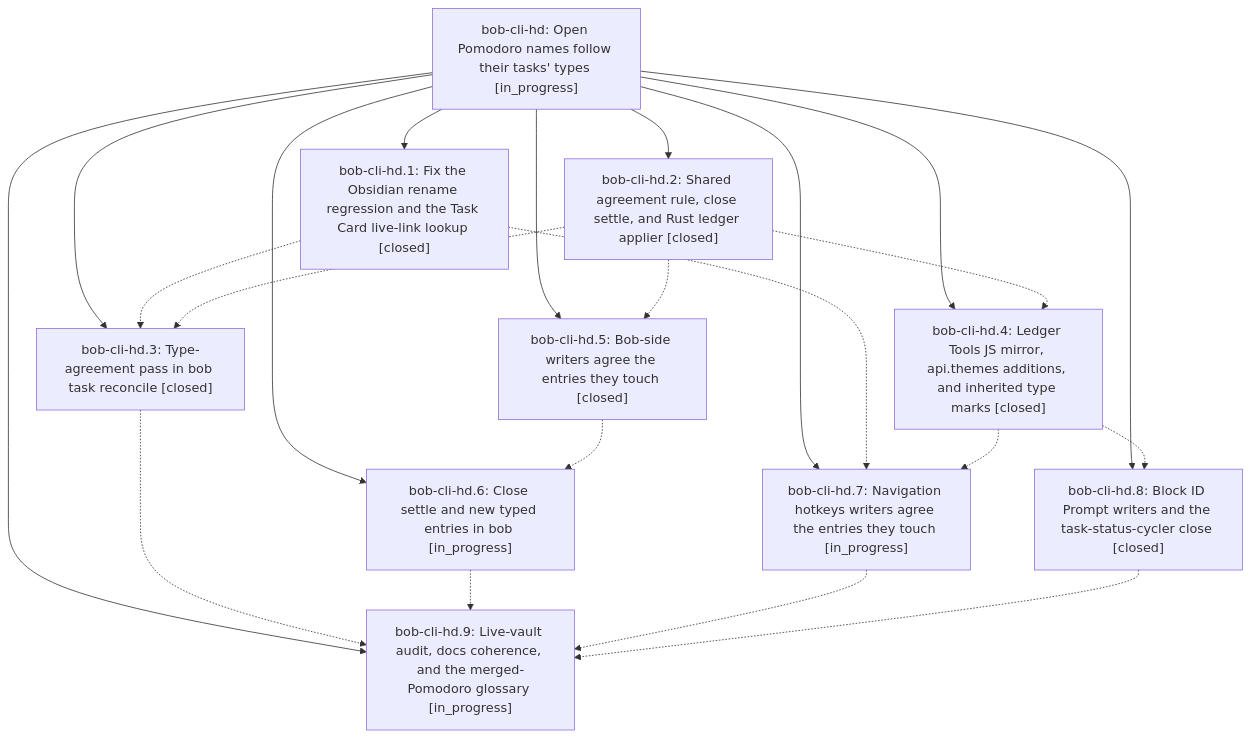
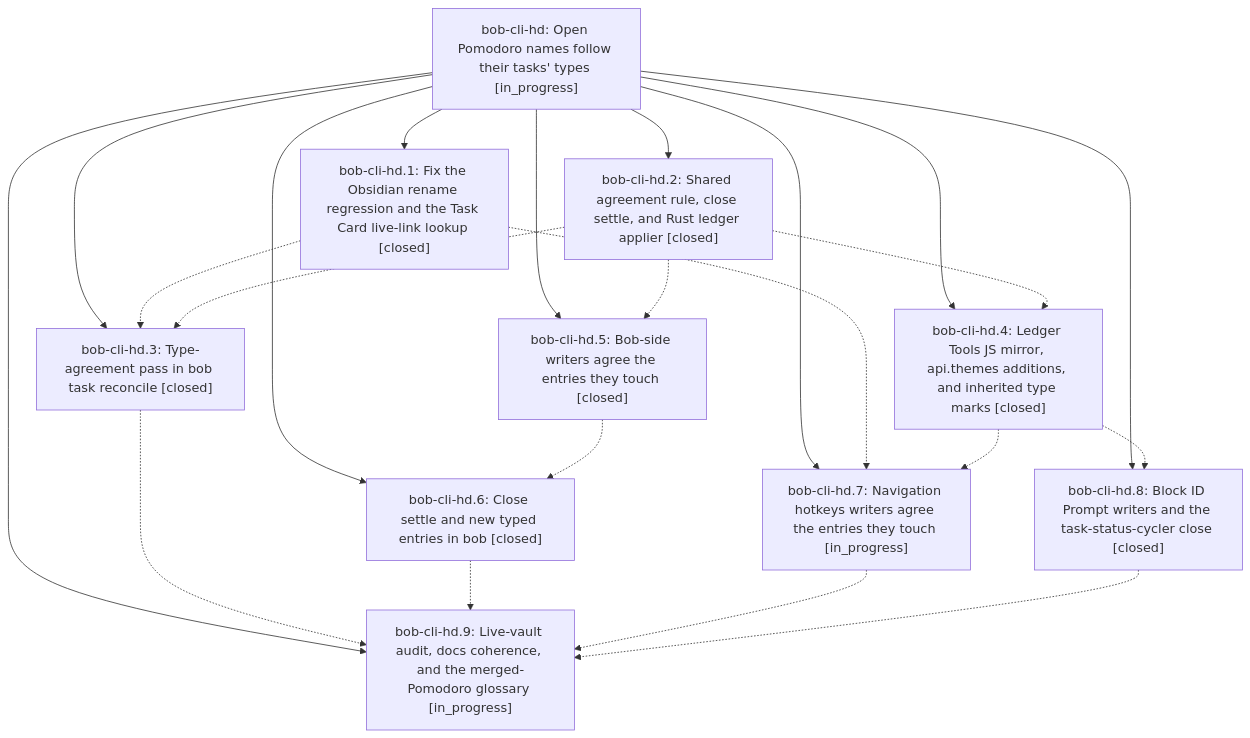
The diagram in pages/bob-cli-hd/README.md (bobs-org/bob-cli--beads), drawn with Mermaid before and after one commit. The commit also changed other lines of this file and 6 other files, not shown here.

First line of the commit message:
chore(beads): sync bead state and pages for bob-cli-hd

````diff
--- a/pages/bob-cli-hd/README.md
+++ b/pages/bob-cli-hd/README.md
@@ -44,34 +44,34 @@
 ```mermaid
 flowchart TD
     n0["bob-cli-hd: Open Pomodoro names follow their tasks' types [in_progress]"]
     n1["bob-cli-hd.1: Fix the Obsidian rename regression and the Task Card live-link lookup [closed]"]
     n2["bob-cli-hd.2: Shared agreement rule, close settle, and Rust ledger applier [closed]"]
     n3["bob-cli-hd.3: Type-agreement pass in bob task reconcile [closed]"]
     n4["bob-cli-hd.4: Ledger Tools JS mirror, api.themes additions, and inherited type marks [closed]"]
     n5["bob-cli-hd.5: Bob-side writers agree the entries they touch [closed]"]
-    n6["bob-cli-hd.6: Close settle and new typed entries in bob [in_progress]"]
+    n6["bob-cli-hd.6: Close settle and new typed entries in bob [closed]"]
     n7["bob-cli-hd.7: Navigation hotkeys writers agree the entries they touch [in_progress]"]
     n8["bob-cli-hd.8: Block ID Prompt writers and the task-status-cycler close [closed]"]
     n9["bob-cli-hd.9: Live-vault audit, docs coherence, and the merged-Pomodoro glossary [in_progress]"]
     n0 --> n1
     n0 --> n2
     n0 --> n3
     n0 --> n4
     n0 --> n5
     n0 --> n6
     n0 --> n7
     n0 --> n8
     n0 --> n9
     n1 -.-> n3
     n1 -.-> n7
     n2 -.-> n3
     n2 -.-> n4
     n2 -.-> n5
     n3 -.-> n9
     n4 -.-> n7
     n4 -.-> n8
     n5 -.-> n6
     n6 -.-> n9
     n7 -.-> n9
     n8 -.-> n9
 ```
````
